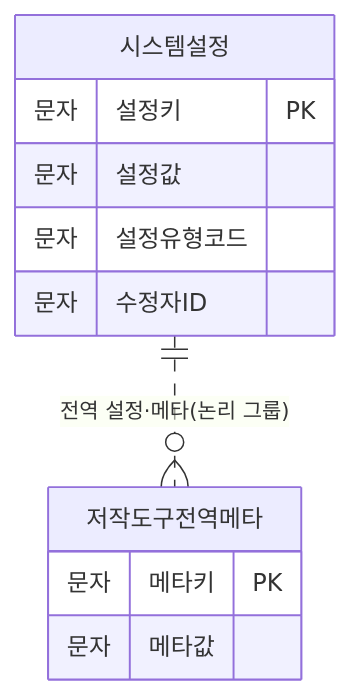
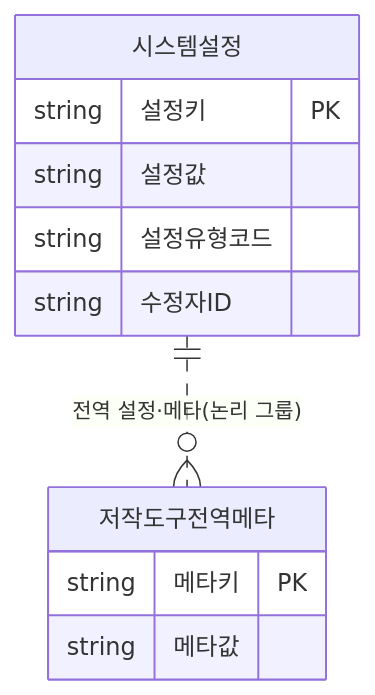
Diagram 14 of 14 in docs/0705/D8-엔티티관계모형설계서.md (New-stella/klid-label), drawn with Mermaid before and after one commit. The commit also changed other lines of this file and 1 other file, not shown here.

First line of the commit message:
docs(D8): §2 속성명 한글화 + §1 ERD 타입 물리 원형 복원

````diff
--- a/docs/0705/D8-엔티티관계모형설계서.md
+++ b/docs/0705/D8-엔티티관계모형설계서.md
@@ -482,16 +482,16 @@
 ```mermaid
 erDiagram
     시스템설정 ||..o{ 저작도구전역메타 : "전역 설정·메타(논리 그룹)"
     시스템설정 {
         %% class: LsSystemConfig (KLID-AT-DC-141)
-        문자 설정키 PK
-        문자 설정값
-        문자 설정유형코드
-        문자 수정자ID
+        string 설정키 PK
+        string 설정값
+        string 설정유형코드
+        string 수정자ID
     }
     저작도구전역메타 {
         %% class: - ※ (D1 미정의 · 운영 메타 저장소)
-        문자 메타키 PK
-        문자 메타값
+        string 메타키 PK
+        string 메타값
     }
 ```
````
